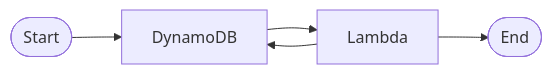
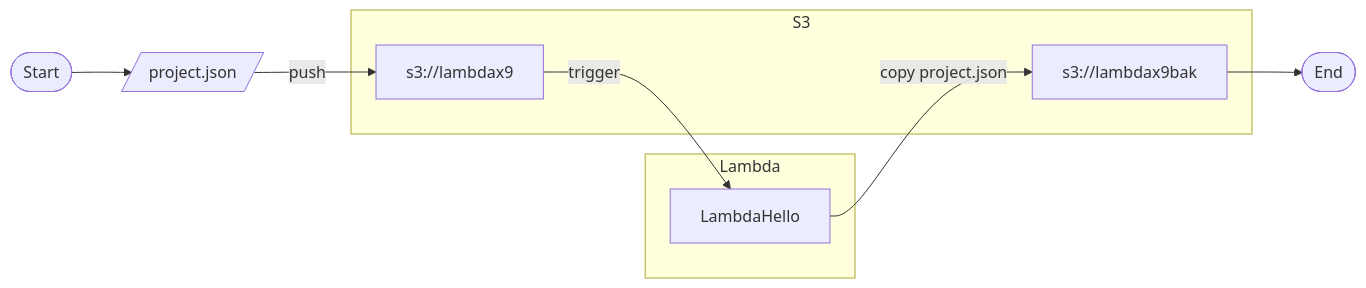
Before and after one commit to lankahsu520/HelperX: the third of 3 diagrams in helper_AWS-Lambda.md, drawn with Mermaid. The commit also changed other lines of this file and 5 other files, not shown here.

````diff
--- a/helper_AWS-Lambda.md
+++ b/helper_AWS-Lambda.md
@@ -286,12 +192,18 @@
 ```mermaid
 flowchart LR
 	Start([Start])
- 	Lambda[Lambda]
- 	DynamoDB[DynamoDB]
+	project[/project.json/]
+	subgraph Lambda
+ 		LambdaHello[LambdaHello]
+ 	end	
+	subgraph S3
+		lambdax9[s3://lambdax9]
+		lambdax9bak[s3://lambdax9bak]
+	end
   End([End])
 	
-	Start-->DynamoDB
-	DynamoDB-->Lambda
-  Lambda-->DynamoDB
-	Lambda-->End
+	Start-->project-->|push|lambdax9
+	lambdax9-->|trigger|LambdaHello
+  LambdaHello-->|copy project.json|lambdax9bak
+	lambdax9bak-->End
 ```
````
